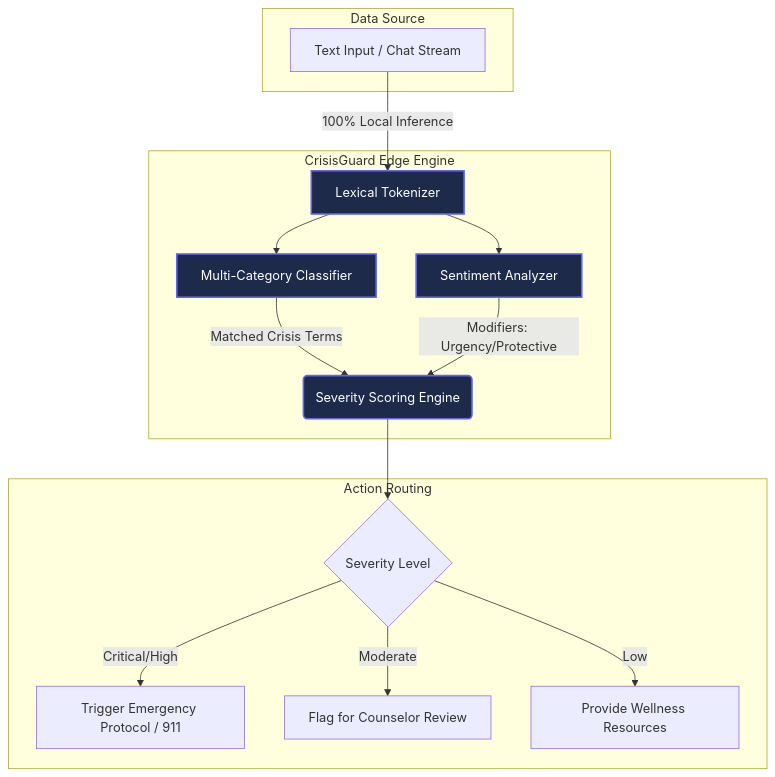
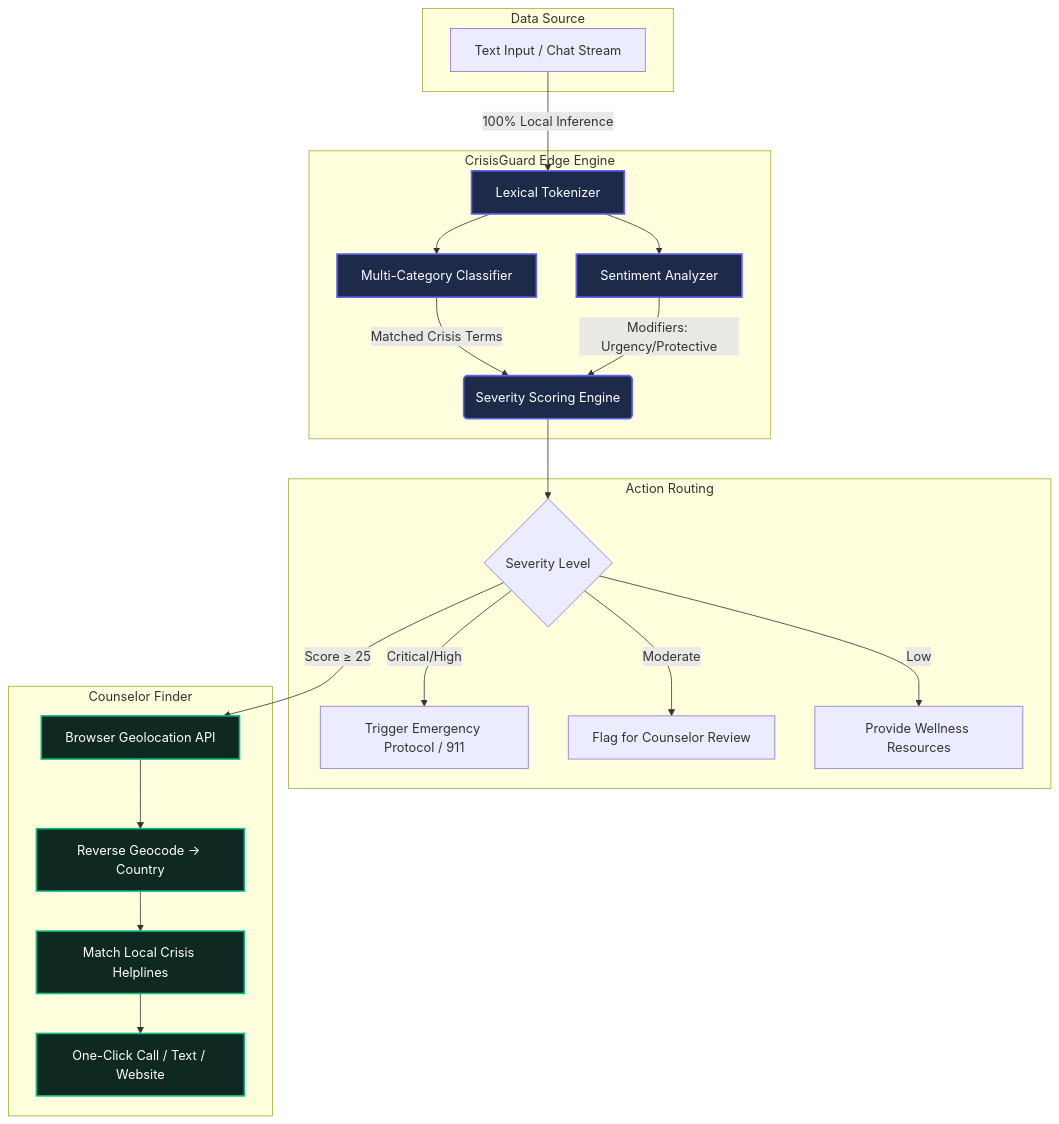
Before and after one commit to sumitsaraswat362/crisisguard-ai: the diagram in README.md, drawn with Mermaid. The commit also changed other lines of this file, not shown here.

Commit message:
Update README with Counselor Finder feature and expanded architecture diagram

````diff
--- a/README.md
+++ b/README.md
@@ -53,30 +53,39 @@
 ```mermaid
 graph TD
     subgraph Data Source
     A[Text Input / Chat Stream]
     end
     
     subgraph CrisisGuard Edge Engine
     B[Lexical Tokenizer]
     C[Multi-Category Classifier]
     D[Sentiment Analyzer]
     
     B --> C
     B --> D
     
     C --> |Matched Crisis Terms| E(Severity Scoring Engine)
     D --> |Modifiers: Urgency/Protective| E
     end
     
     subgraph Action Routing
     E --> F{Severity Level}
     F --> |Critical/High| G[Trigger Emergency Protocol / 911]
     F --> |Moderate| H[Flag for Counselor Review]
     F --> |Low| I[Provide Wellness Resources]
     end
     
+    subgraph Counselor Finder
+    F --> |Score ≥ 25| J[Browser Geolocation API]
+    J --> K[Reverse Geocode → Country]
+    K --> L[Match Local Crisis Helplines]
+    L --> M[One-Click Call / Text / Website]
+    end
+    
     A -->|100% Local Inference| B
     
     classDef engine fill:#1e2a4a,stroke:#6366f1,stroke-width:2px,color:#fff;
+    classDef finder fill:#0f2922,stroke:#10b981,stroke-width:2px,color:#fff;
     class B,C,D,E engine;
+    class J,K,L,M finder;
 ```
````
